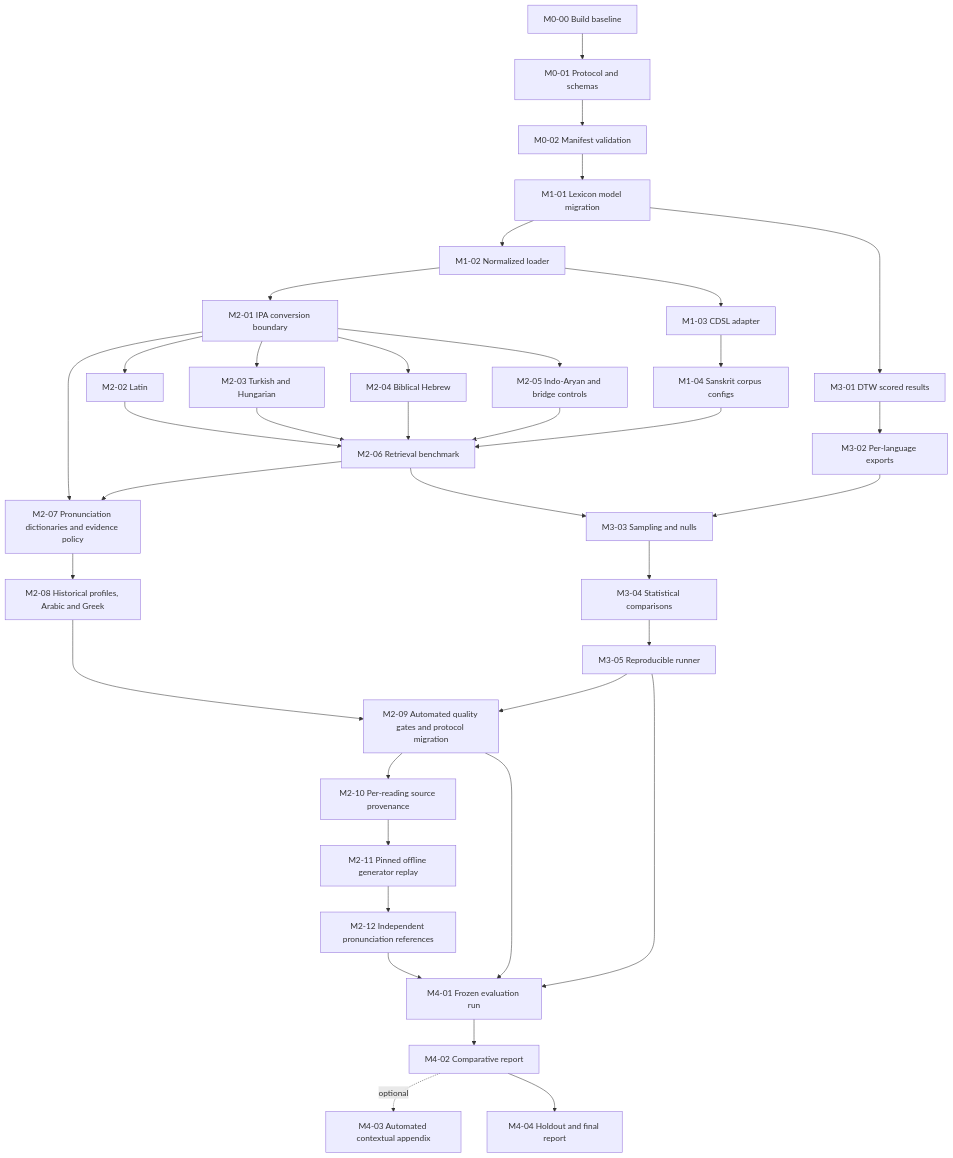
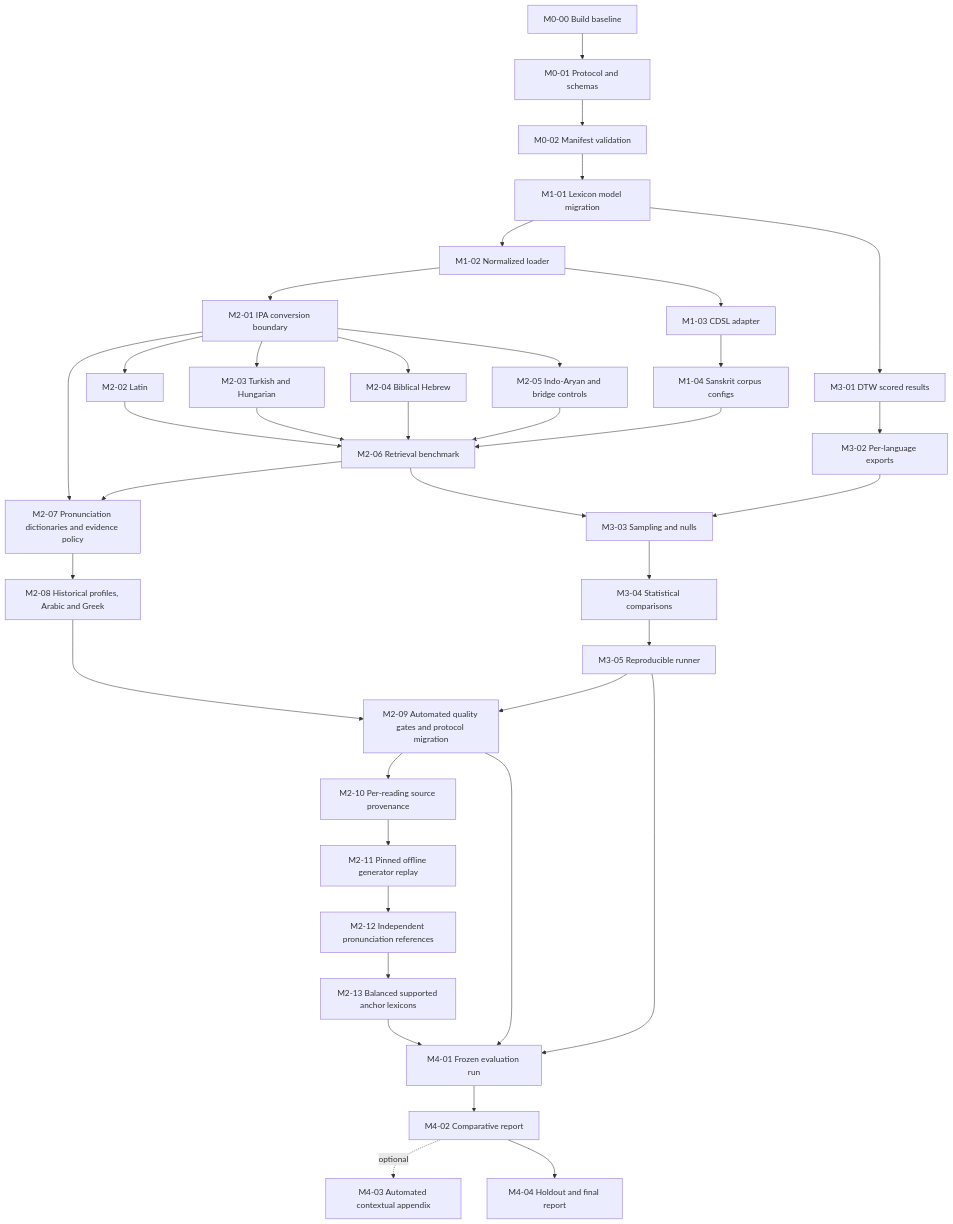
The diagram in docs/milestone-pr-specs.md (chalcolith/enochian), drawn with Mermaid before and after one commit. The commit also changed other lines of this file and 16 other files, not shown here.

````diff
--- a/docs/milestone-pr-specs.md
+++ b/docs/milestone-pr-specs.md
@@ -66,39 +66,40 @@
 ```mermaid
 flowchart TD
     M000[M0-00 Build baseline] --> M001[M0-01 Protocol and schemas]
     M001 --> M002[M0-02 Manifest validation]
     M002 --> M101[M1-01 Lexicon model migration]
     M101 --> M102[M1-02 Normalized loader]
     M102 --> M103[M1-03 CDSL adapter]
     M103 --> M104[M1-04 Sanskrit corpus configs]
     M102 --> M201[M2-01 IPA conversion boundary]
     M201 --> M202[M2-02 Latin]
     M201 --> M203[M2-03 Turkish and Hungarian]
     M201 --> M204[M2-04 Biblical Hebrew]
     M201 --> M205[M2-05 Indo-Aryan and bridge controls]
     M202 --> M206[M2-06 Retrieval benchmark]
     M203 --> M206
     M204 --> M206
     M205 --> M206
     M104 --> M206
     M101 --> M301[M3-01 DTW scored results]
     M301 --> M302[M3-02 Per-language exports]
     M206 --> M303[M3-03 Sampling and nulls]
     M302 --> M303
     M303 --> M304[M3-04 Statistical comparisons]
     M304 --> M305[M3-05 Reproducible runner]
     M201 --> M207[M2-07 Pronunciation dictionaries and evidence policy]
     M206 --> M207
     M207 --> M208[M2-08 Historical profiles, Arabic and Greek]
     M208 --> M209[M2-09 Automated quality gates and protocol migration]
     M305 --> M209
     M209 --> M210[M2-10 Per-reading source provenance]
     M210 --> M211[M2-11 Pinned offline generator replay]
     M211 --> M212[M2-12 Independent pronunciation references]
-    M212 --> M401
+    M212 --> M213[M2-13 Balanced supported anchor lexicons]
+    M213 --> M401
     M209 --> M401
     M305 --> M401[M4-01 Frozen evaluation run]
     M401 --> M402[M4-02 Comparative report]
     M402 -. optional .-> M403[M4-03 Automated contextual appendix]
     M402 --> M404[M4-04 Holdout and final report]
 ```
````
